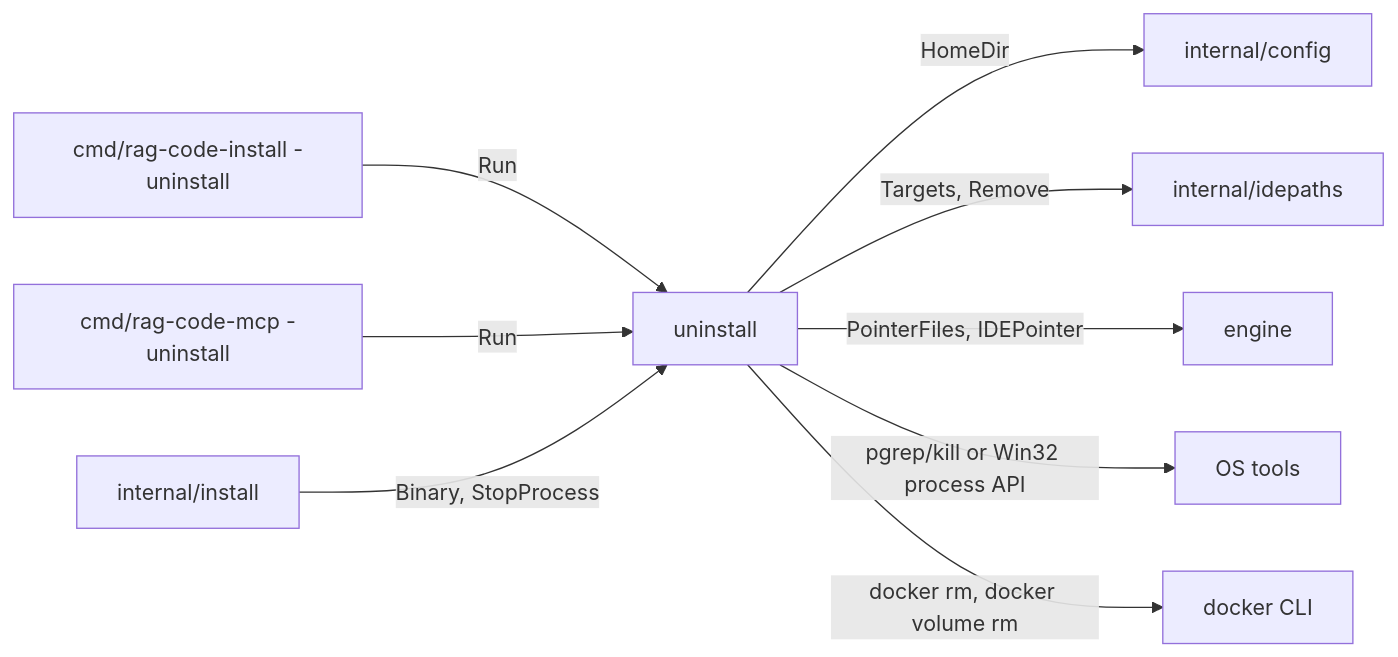
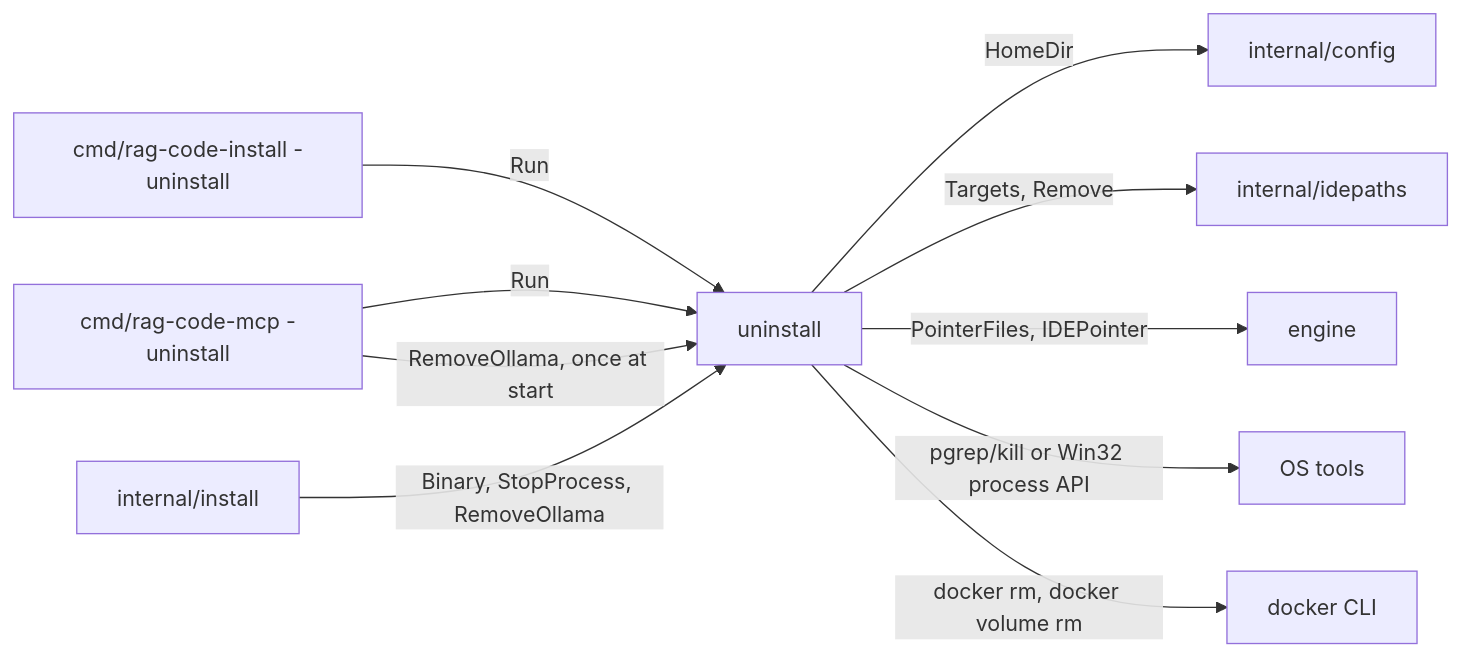
One commit to doITmagic/rag-code-mcp changed the first of 2 diagrams in internal/uninstall/README.md. Above: the diagram before and after it, drawn with Mermaid. The commit also changed other lines of this file and 8 other files, not shown here.

Commit message:
feat(install): the installer downloads the embedding runtime and model instead of starting Docker (-skip-download leaves it to the server), removes the ragcode-ollama container of earlier v2 versions and stops left-over llama-server processes; the uninstaller stops them too

````diff
--- a/internal/uninstall/README.md
+++ b/internal/uninstall/README.md
@@ -20,11 +21,12 @@
 ```mermaid
 graph LR
     I[cmd/rag-code-install -uninstall] -->|Run| UN[uninstall]
     S[cmd/rag-code-mcp -uninstall] -->|Run| UN
-    IN[internal/install] -->|Binary, StopProcess| UN
+    IN[internal/install] -->|Binary, StopProcess, RemoveOllama| UN
+    S -->|RemoveOllama, once at start| UN
     UN -->|HomeDir| CFG[internal/config]
     UN -->|Targets, Remove| IDE[internal/idepaths]
     UN -->|PointerFiles, IDEPointer| ENG[engine]
     UN -->|pgrep/kill or Win32 process API| OS[OS tools]
     UN -->|docker rm, docker volume rm| DOCKER[docker CLI]
 ```
````
